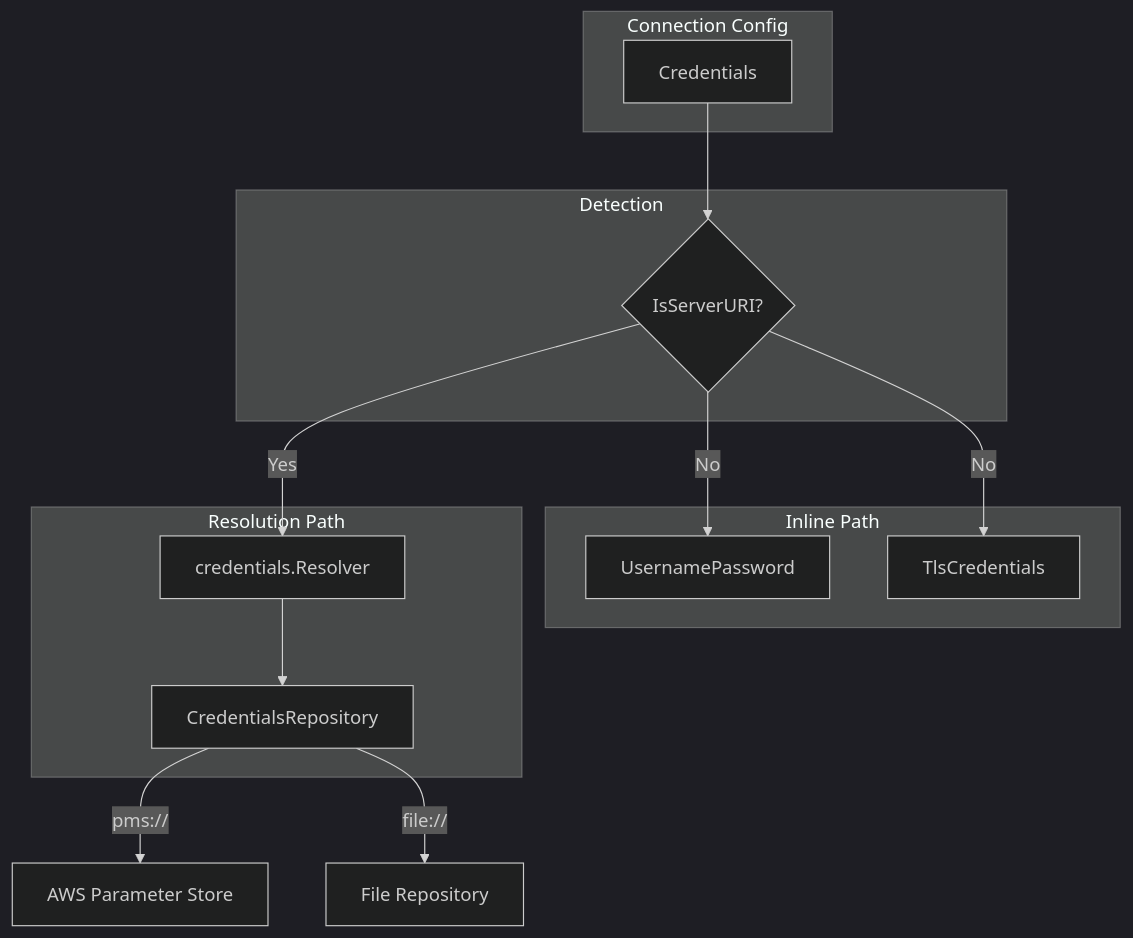
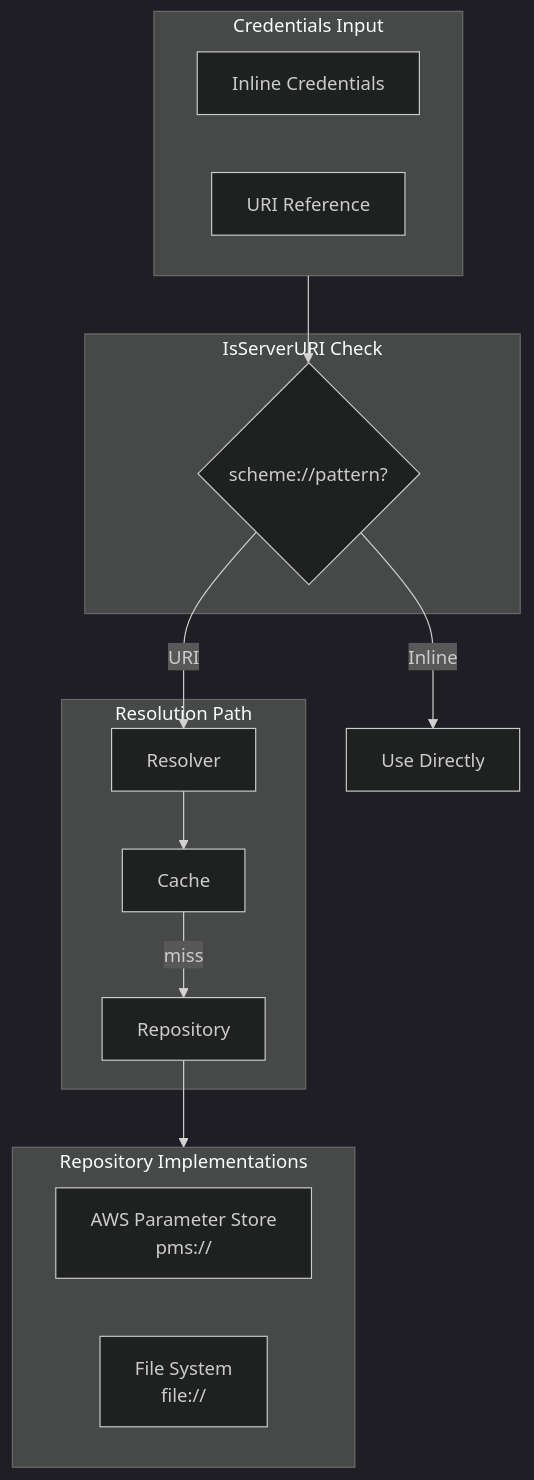
One commit to mariotoffia/gobridge changed the eighth of 9 diagrams in bridge/types/ARCHITECTURE.md. Above: the diagram before and after it, drawn with Mermaid (dark theme). The commit also changed other lines of this file and 4 other files, not shown here.

````diff
--- a/bridge/types/ARCHITECTURE.md
+++ b/bridge/types/ARCHITECTURE.md
@@ -260,28 +375,29 @@
 ```mermaid
 flowchart TB
-    subgraph config [Connection Config]
-        Creds[Credentials]
+    subgraph Input [Credentials Input]
+        Inline[Inline Credentials]
+        URI[URI Reference]
     end
     
-    subgraph detection [Detection]
-        IsURI{IsServerURI?}
+    subgraph Detection [IsServerURI Check]
+        Check{scheme://pattern?}
     end
     
-    subgraph inline [Inline Path]
-        UP[UsernamePassword]
-        TLS[TlsCredentials]
+    subgraph Resolution [Resolution Path]
+        Resolver[Resolver]
+        Cache[Cache]
+        Repo[Repository]
     end
     
-    subgraph resolution [Resolution Path]
-        Resolver[credentials.Resolver]
-        Repo[CredentialsRepository]
+    subgraph Repositories [Repository Implementations]
+        PMS[AWS Parameter Store<br/>pms://]
+        FileRepo[File System<br/>file://]
     end
     
-    Creds --> IsURI
-    IsURI -->|No| UP
-    IsURI -->|No| TLS
-    IsURI -->|Yes| Resolver
-    Resolver --> Repo
-    Repo -->|pms://| PMS[AWS Parameter Store]
-    Repo -->|file://| File[File Repository]
+    Input --> Check
+    Check -->|Inline| DirectUse[Use Directly]
+    Check -->|URI| Resolver
+    Resolver --> Cache
+    Cache -->|miss| Repo
+    Repo --> Repositories
 ```
````
